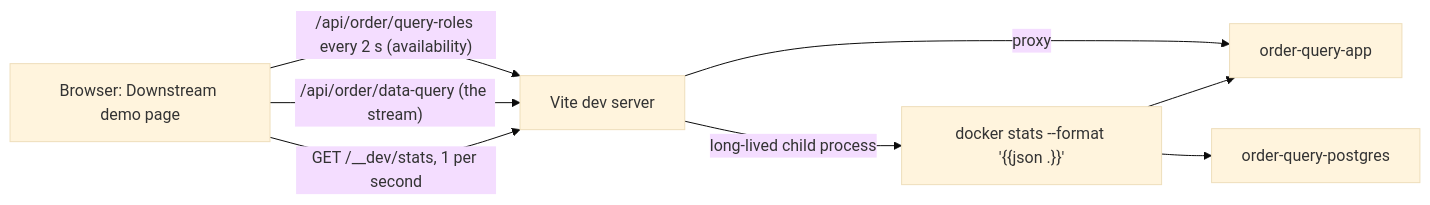
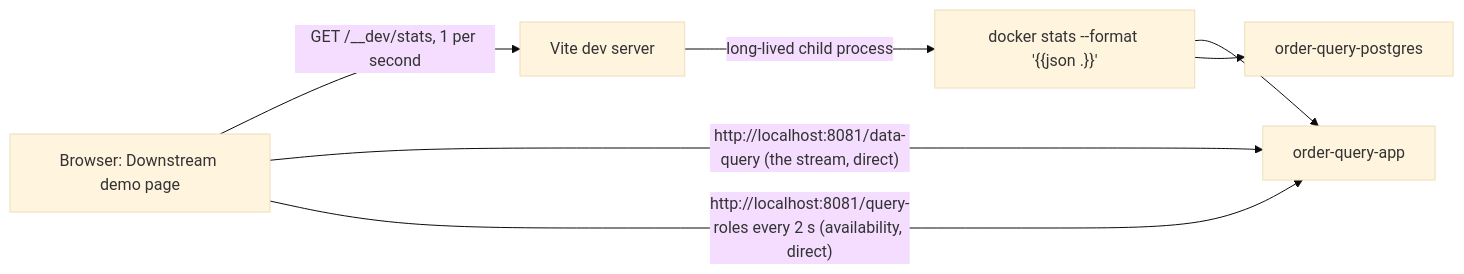
The second of 2 diagrams in docs/reactive_R2DBC_Cursor-impl.md (skull-sage/query-engine), drawn with Mermaid (base theme) before and after one commit. The commit also changed other lines of this file and 23 other files, not shown here.

````diff
--- a/docs/reactive_R2DBC_Cursor-impl.md
+++ b/docs/reactive_R2DBC_Cursor-impl.md
@@ -586,10 +587,9 @@
 ```mermaid
 flowchart LR
     B[Browser: Downstream demo page] -- "GET /__dev/stats, 1 per second" --> V[Vite dev server]
     V -- "long-lived child process" --> D["docker stats --format '{{json .}}'"]
     D --> C1[order-query-app]
     D --> C2[order-query-postgres]
-    B -- "/api/order/data-query (the stream)" --> V
-    V -- proxy --> C1
-    B -- "/api/order/query-roles every 2 s (availability)" --> V
+    B -- "http://localhost:8081/data-query (the stream, direct)" --> C1
+    B -- "http://localhost:8081/query-roles every 2 s (availability, direct)" --> C1
 ```
````
